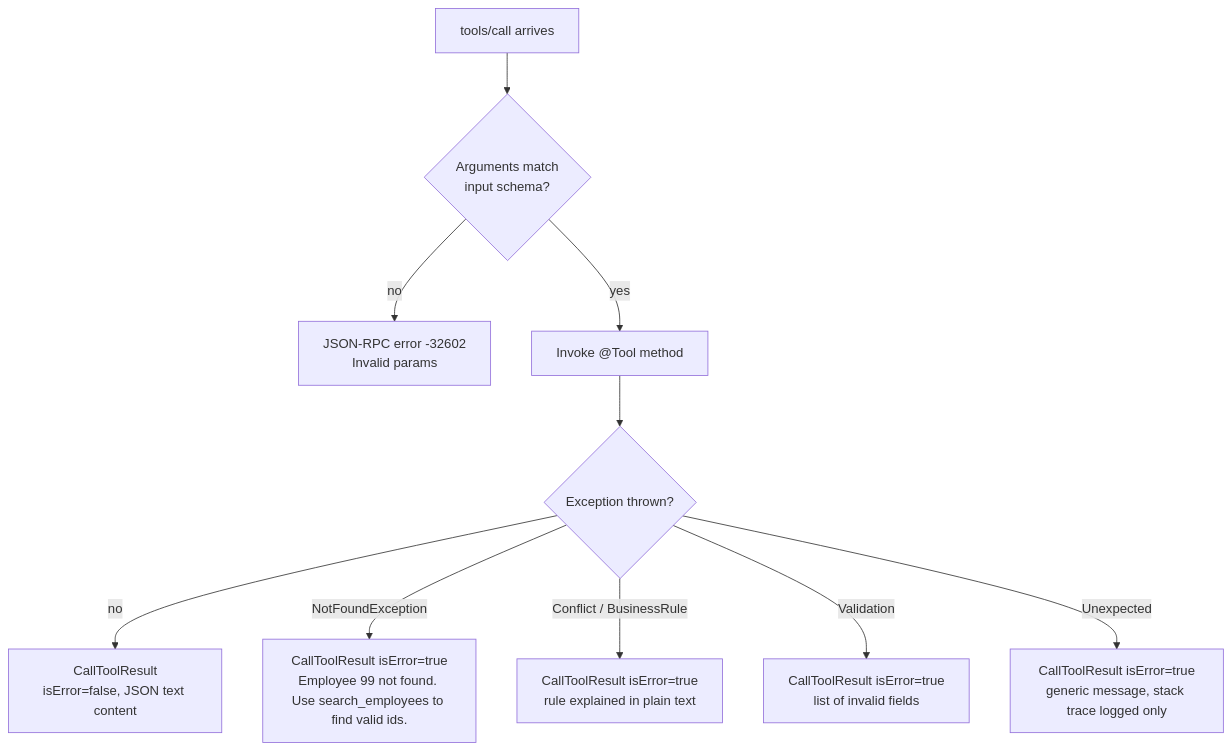
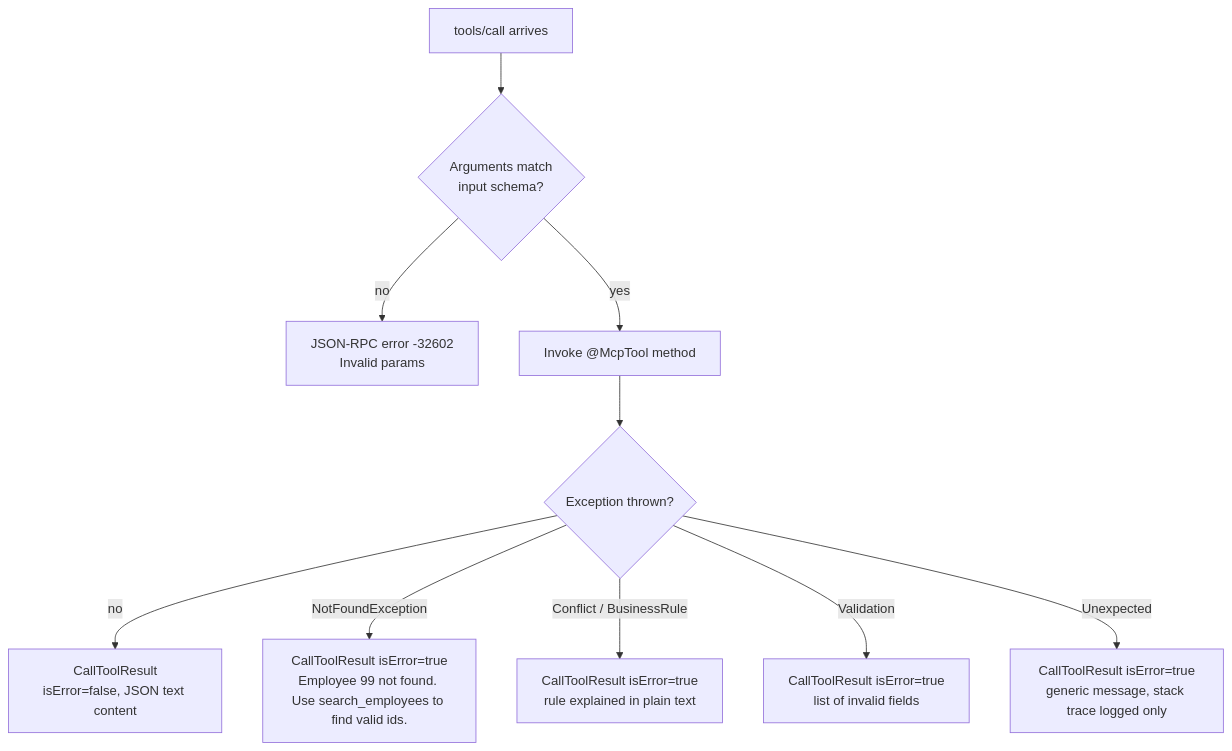
One commit to marripavankumar/RestAPIMCPDemo changed the tenth of 15 diagrams in docs/architecture/ARCHITECTURE.md. Above: the diagram before and after it, drawn with Mermaid. The commit also changed other lines of this file and 2 other files, not shown here.

Commit message:
docs: finalize README, record implementation notes in architecture and plan

````diff
--- a/docs/architecture/ARCHITECTURE.md
+++ b/docs/architecture/ARCHITECTURE.md
@@ -617,12 +619,12 @@
 ```mermaid
 flowchart TD
     A["tools/call arrives"] --> B{"Arguments match<br/>input schema?"}
     B -- no --> E1["JSON-RPC error -32602<br/>Invalid params"]
-    B -- yes --> C["Invoke @Tool method"]
+    B -- yes --> C["Invoke @McpTool method"]
     C --> D{"Exception thrown?"}
     D -- no --> OK["CallToolResult<br/>isError=false, JSON text content"]
     D -- "NotFoundException" --> E2["CallToolResult isError=true<br/>Employee 99 not found. Use search_employees to find valid ids."]
     D -- "Conflict / BusinessRule" --> E3["CallToolResult isError=true<br/>rule explained in plain text"]
     D -- "Validation" --> E4["CallToolResult isError=true<br/>list of invalid fields"]
     D -- "Unexpected" --> E5["CallToolResult isError=true<br/>generic message, stack trace logged only"]
 ```
````
